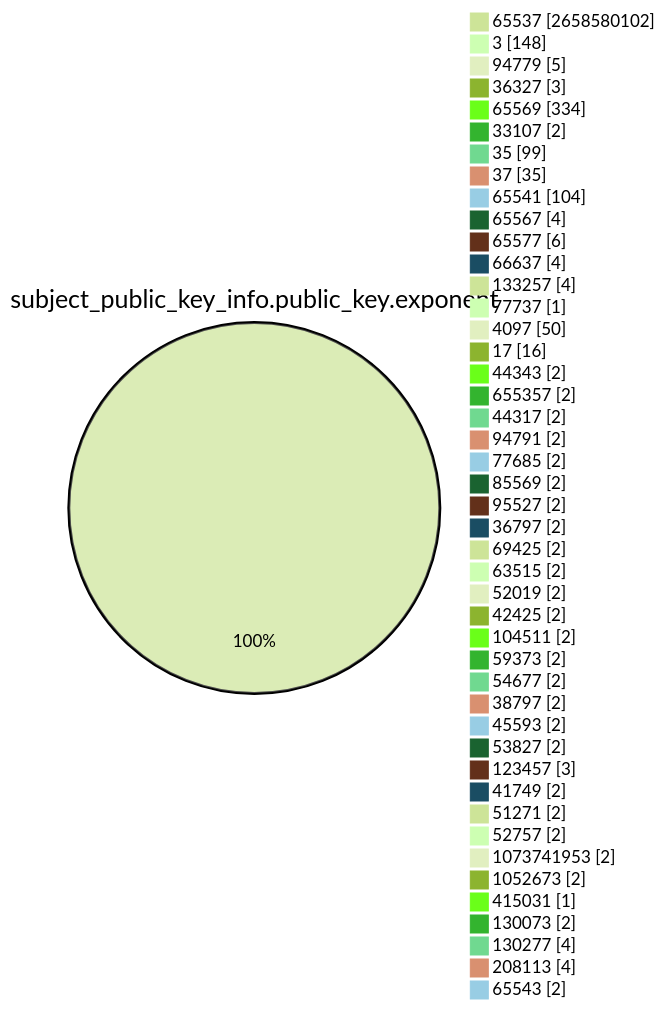
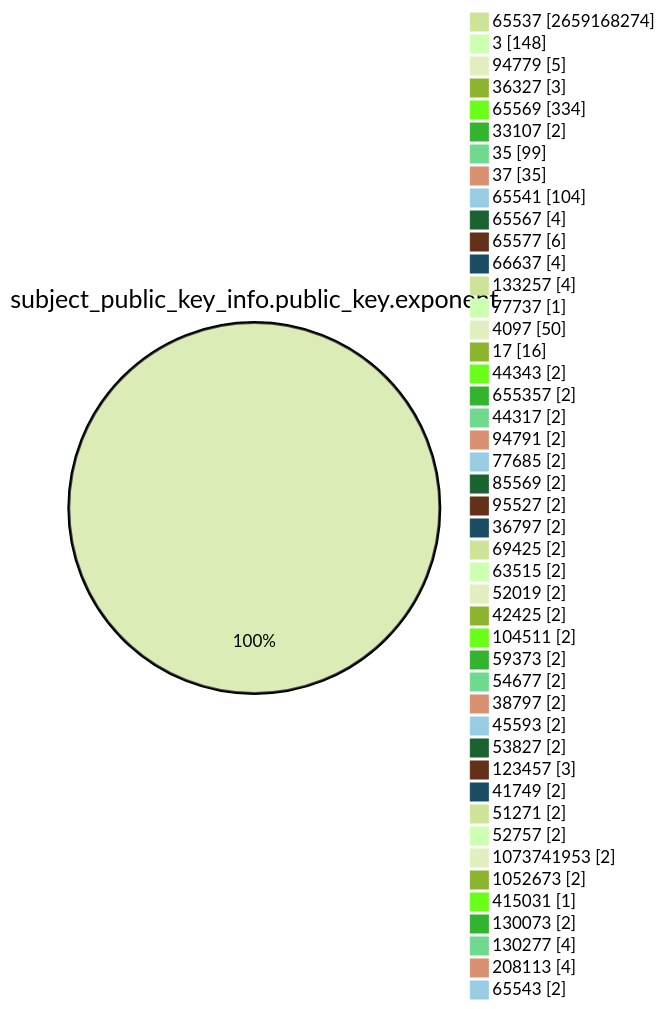
Before and after one commit to christiankrug/ctmonitor_visualization: the fourth of 15 diagrams in TOTAL/README.md, drawn with Mermaid (forest theme). The commit also changed other lines of this file, not shown here.

````diff
--- a/TOTAL/README.md
+++ b/TOTAL/README.md
@@ -1467,49 +1467,49 @@
 ```mermaid
 pie showData
 title subject_public_key_info.public_key.exponent
-"65537" :2658580102
+"65537" :2659168274
 "3" :148
 "94779" :5
 "36327" :3
 "65569" :334
 "33107" :2
 "35" :99
 "37" :35
 "65541" :104
 "65567" :4
 "65577" :6
 "66637" :4
 "133257" :4
 "77737" :1
 "4097" :50
 "17" :16
 "44343" :2
 "655357" :2
 "44317" :2
 "94791" :2
 "77685" :2
 "85569" :2
 "95527" :2
 "36797" :2
 "69425" :2
 "63515" :2
 "52019" :2
 "42425" :2
 "104511" :2
 "59373" :2
 "54677" :2
 "38797" :2
 "45593" :2
 "53827" :2
 "123457" :3
 "41749" :2
 "51271" :2
 "52757" :2
 "1073741953" :2
 "1052673" :2
 "415031" :1
 "130073" :2
 "130277" :4
 "208113" :4
 "65543" :2
 ```
````
